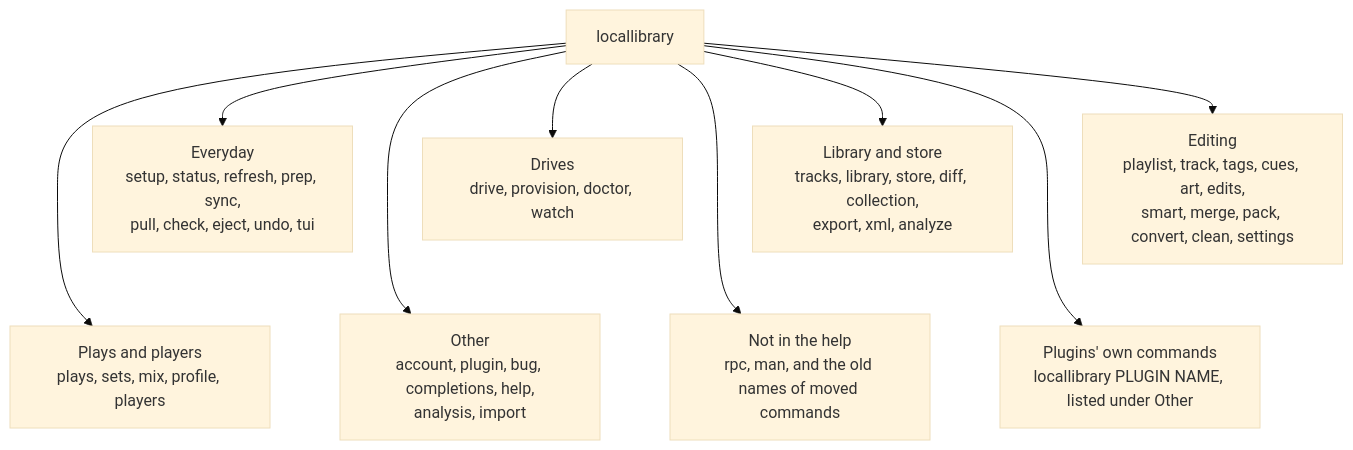
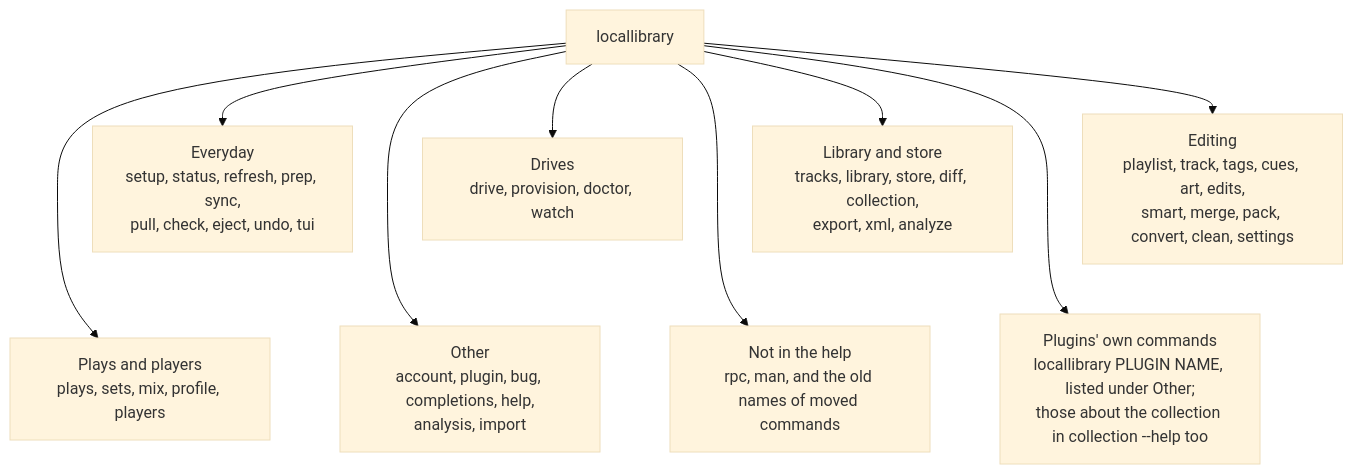
The fifth of 11 diagrams in apps/locallibrary/README.md (cutenode/localnetwork), drawn with Mermaid (base theme) before and after one commit. The commit also changed 3 other files, not shown here.

First line of the commit message:
docs(locallibrary): draw planned plugin commands in the diagrams

````diff
--- a/apps/locallibrary/README.md
+++ b/apps/locallibrary/README.md
@@ -354,16 +354,16 @@
 ```mermaid
 flowchart TD
     hub["locallibrary"]
     hub --> everyday["Everyday<br/>setup, status, refresh, prep, sync,<br/>pull, check, eject, undo, tui"]
     hub --> drives["Drives<br/>drive, provision, doctor, watch"]
     hub --> library["Library and store<br/>tracks, library, store, diff, collection,<br/>export, xml, analyze"]
     hub --> editing["Editing<br/>playlist, track, tags, cues, art, edits,<br/>smart, merge, pack, convert, clean, settings"]
     hub --> plays["Plays and players<br/>plays, sets, mix, profile, players"]
     hub --> other["Other<br/>account, plugin, bug, completions, help,<br/>analysis, import"]
     hub --> hidden["Not in the help<br/>rpc, man, and the old names of moved commands"]
-    hub --> added["Plugins' own commands<br/>locallibrary PLUGIN NAME, listed under Other"]
+    hub --> added["Plugins' own commands<br/>locallibrary PLUGIN NAME, listed under Other;<br/>those about the collection in collection --help too"]
     everyday ~~~ plays
     drives ~~~ other
     library ~~~ hidden
     editing ~~~ added
 ```
````
